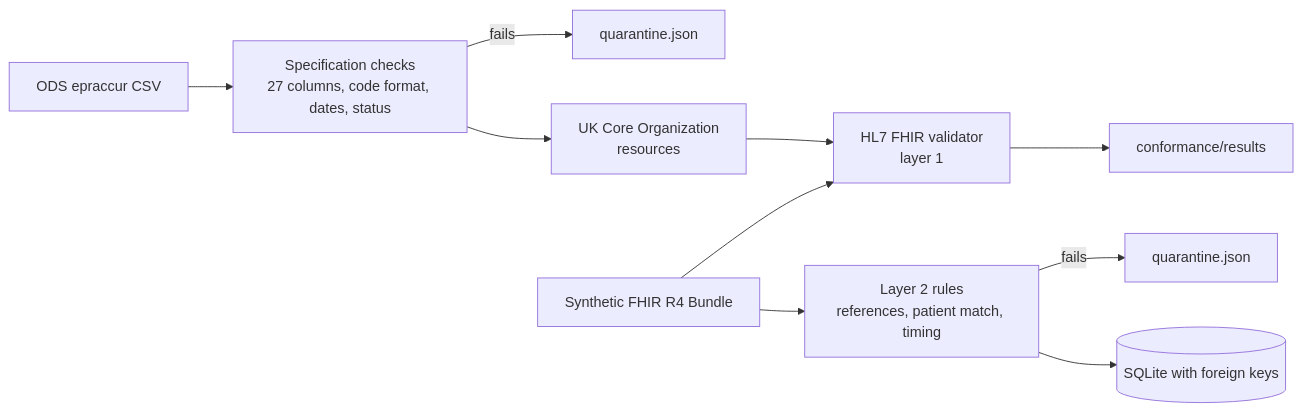
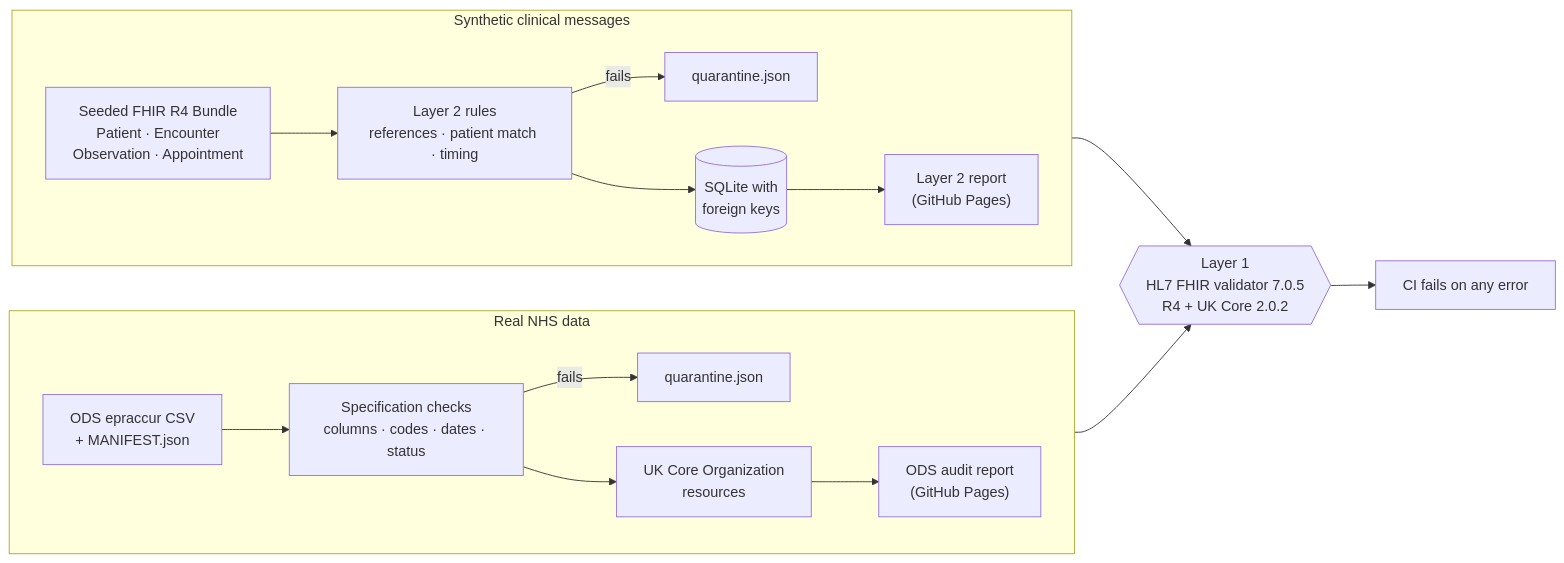
The diagram in README.md (gbadedata/nhs-fhir-quality-gateway), drawn with Mermaid before and after one commit. The commit also changed other lines of this file and 14 other files, not shown here.

````diff
--- a/README.md
+++ b/README.md
@@ -52,12 +94,20 @@
 ```mermaid
 flowchart LR
-  A[ODS epraccur CSV] --> B[Specification checks<br/>27 columns, code format, dates, status]
-  B -->|fails| Q1[quarantine.json]
-  B --> C[UK Core Organization<br/>resources]
-  S[Synthetic FHIR R4 Bundle] --> L2[Layer 2 rules<br/>references, patient match, timing]
-  L2 -->|fails| Q2[quarantine.json]
-  L2 --> DB[(SQLite with foreign keys)]
-  C --> V[HL7 FHIR validator<br/>layer 1]
-  S --> V
-  V --> R[conformance/results]
+  subgraph real["Real NHS data"]
+    direction LR
+    E["ODS epraccur CSV<br/>+ MANIFEST.json"] --> P["Specification checks<br/>columns · codes · dates · status"]
+    P -->|"fails"| Q1["quarantine.json"]
+    P --> M["UK Core Organization<br/>resources"]
+    M --> R1["ODS audit report<br/>(GitHub Pages)"]
+  end
+  subgraph synthetic["Synthetic clinical messages"]
+    direction LR
+    G["Seeded FHIR R4 Bundle<br/>Patient · Encounter<br/>Observation · Appointment"] --> L2["Layer 2 rules<br/>references · patient match · timing"]
+    L2 -->|"fails"| Q2["quarantine.json"]
+    L2 --> DB[("SQLite with<br/>foreign keys")]
+    DB --> R2["Layer 2 report<br/>(GitHub Pages)"]
+  end
+  M --> V{{"Layer 1<br/>HL7 FHIR validator 7.0.5<br/>R4 + UK Core 2.0.2"}}
+  G --> V
+  V --> CI["CI fails on any error"]
 ```
````
